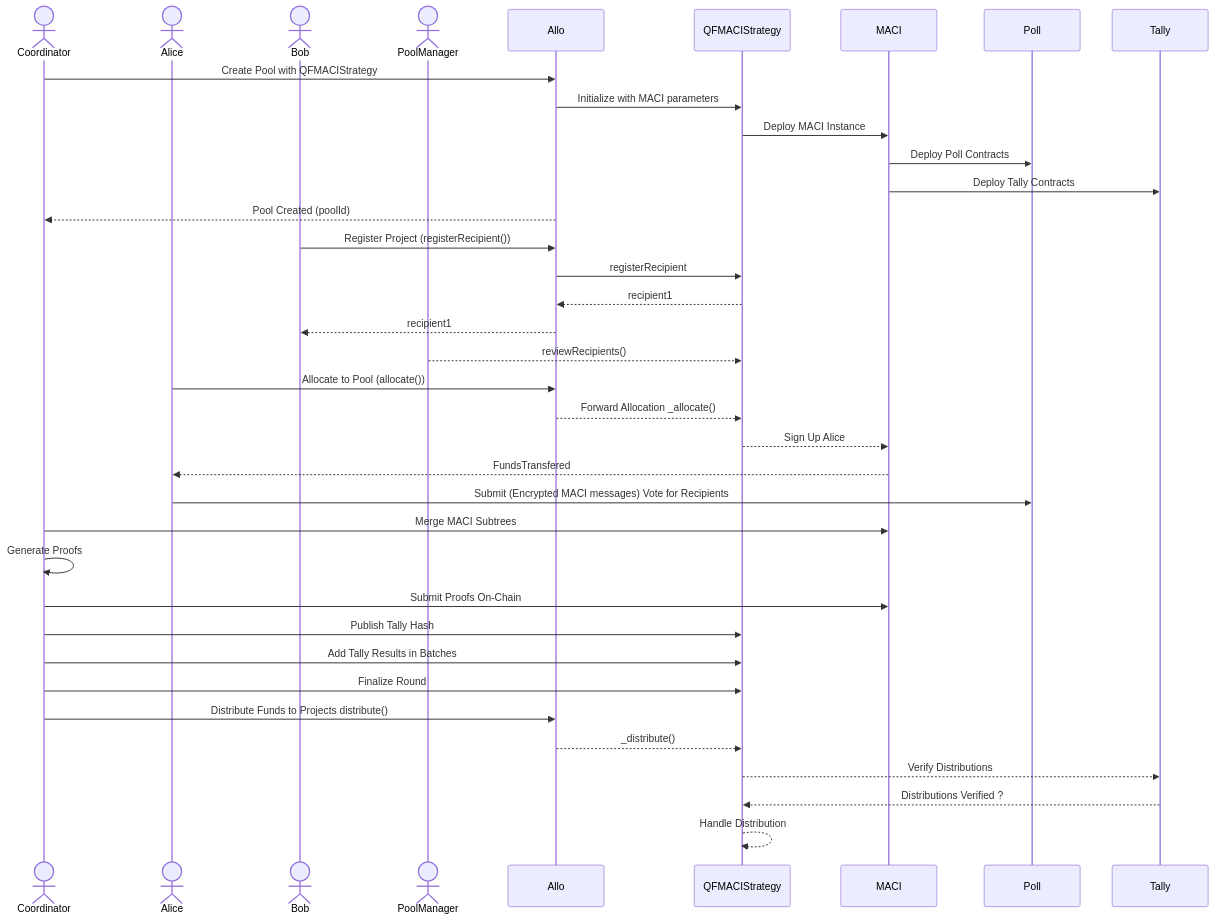
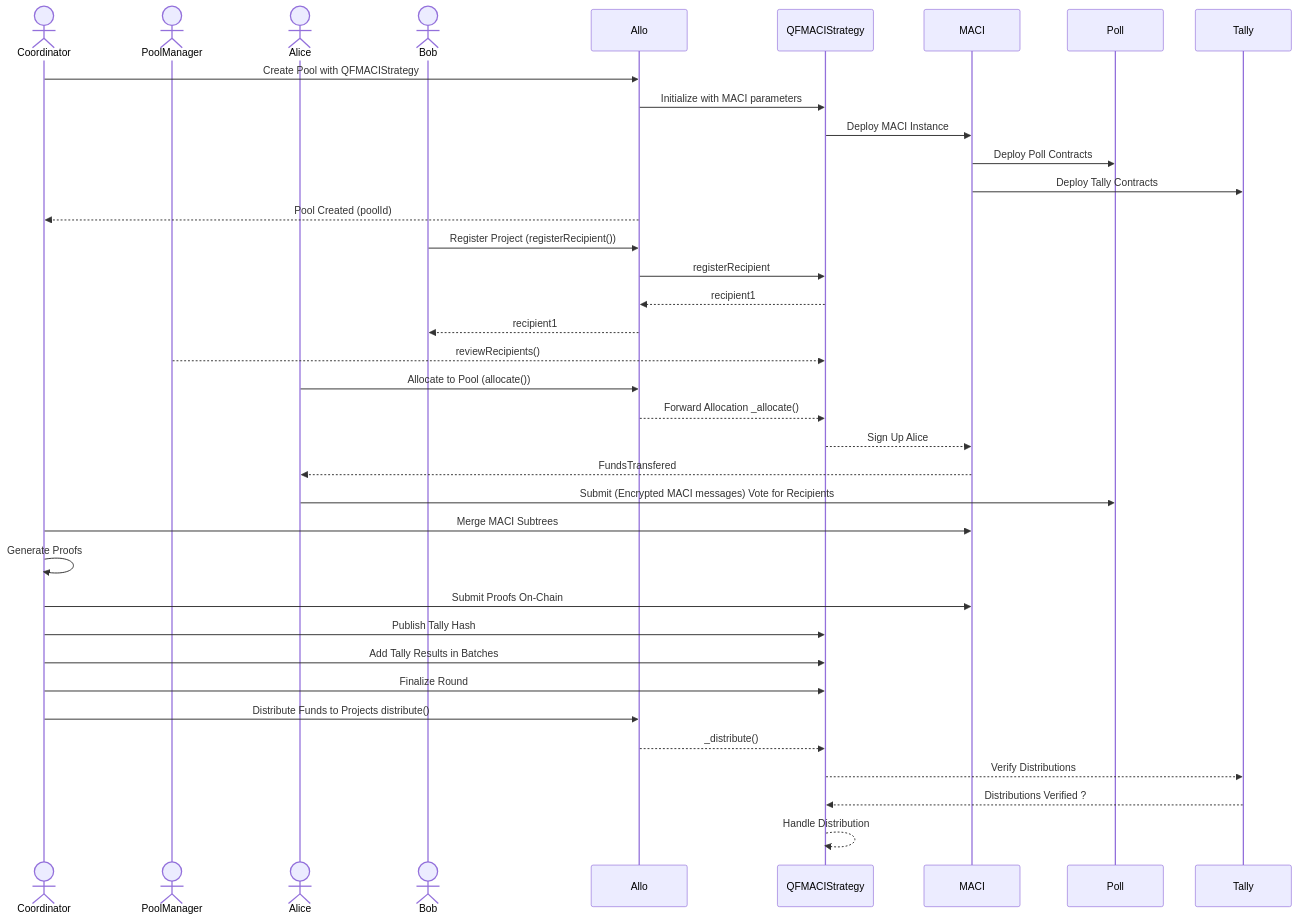
One commit to gitcoinco/MACI_QF changed the diagram in contracts/README.md. Above: the diagram before and after it, drawn with Mermaid. The commit also changed other lines of this file, not shown here.

Commit message:
Diagram updates

````diff
--- a/contracts/README.md
+++ b/contracts/README.md
@@ -129,55 +90,56 @@
 ```mermaid
 sequenceDiagram
   actor Coordinator
+  actor PoolManager
   actor Alice
   actor Bob
-  actor PoolManager
   participant Allo
   participant QFMACIStrategy
   participant MACI
   participant Poll
   participant Tally
 
   %% Initialization and Deployment
   Coordinator->>Allo: Create Pool with QFMACIStrategy
   Allo->>QFMACIStrategy: Initialize with MACI parameters
   QFMACIStrategy->>MACI: Deploy MACI Instance
   MACI->>Poll: Deploy Poll Contracts
   MACI->>Tally: Deploy Tally Contracts
   Allo -->>Coordinator: Pool Created (poolId)
 
   %% Bob Adds Project
   Bob->>Allo: Register Project (registerRecipient())
   Allo->>QFMACIStrategy: registerRecipient
   QFMACIStrategy-->>Allo: recipient1
   Allo-->>Bob: recipient1
 
   %% Review Phase by Pool Manager
   PoolManager-->>QFMACIStrategy: reviewRecipients()
 
   %% Alice Allocates to Pool
   Alice->>Allo: Allocate to Pool (allocate())
   Allo-->>QFMACIStrategy: Forward Allocation _allocate()
   QFMACIStrategy-->>MACI: Sign Up Alice
   MACI-->>Alice: FundsTransfered 
 
    %% Voting Phase
   Alice->>Poll: Submit (Encrypted MACI messages) Vote for Recipients
 
   %% Tally Phase
   Coordinator->>MACI: Merge MACI Subtrees
   Coordinator->>Coordinator: Generate Proofs
   Coordinator->>MACI: Submit Proofs On-Chain
   Coordinator->>QFMACIStrategy: Publish Tally Hash
   Coordinator->>QFMACIStrategy: Add Tally Results in Batches
 
   %% Finalization Phase
   Coordinator->>QFMACIStrategy: Finalize Round
 
   %% Distribution Phase
   Coordinator->>Allo: Distribute Funds to Projects distribute()
   Allo-->>QFMACIStrategy: _distribute()
   QFMACIStrategy-->>Tally: Verify Distributions
   Tally-->>QFMACIStrategy: Distributions Verified ? 
   QFMACIStrategy-->>QFMACIStrategy: Handle Distribution
+
 ```
````
